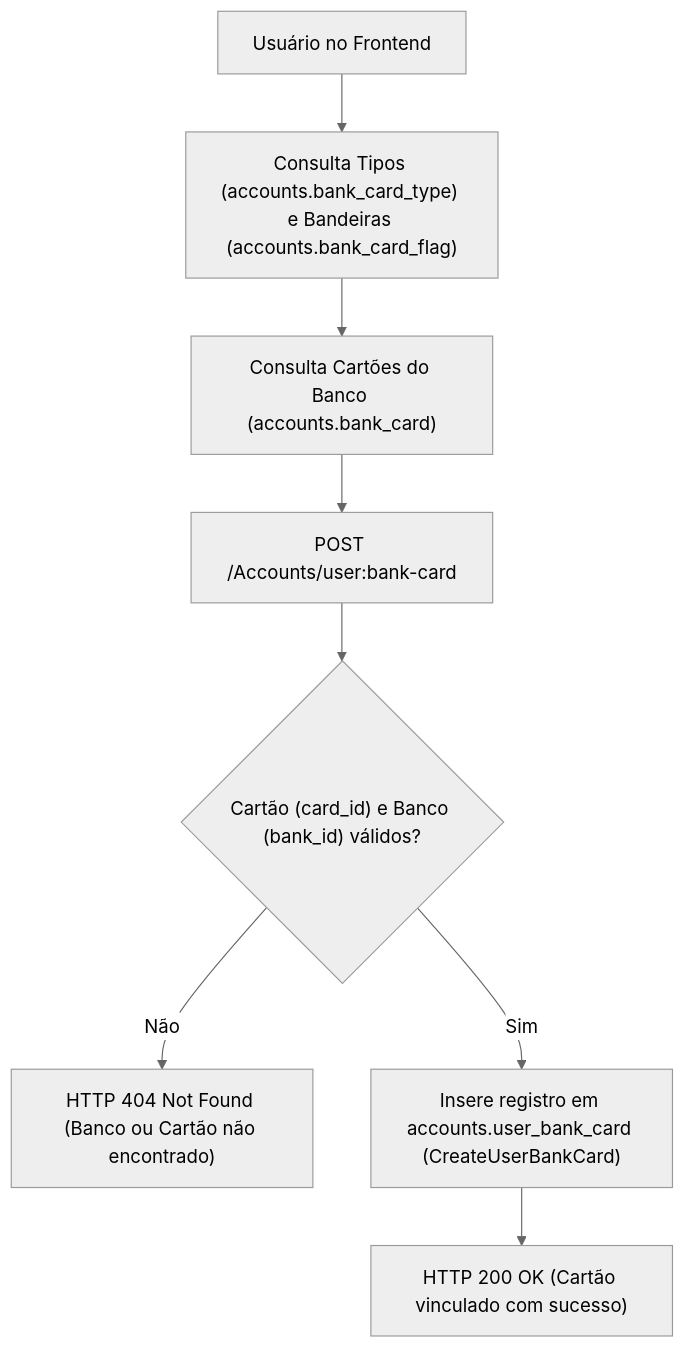
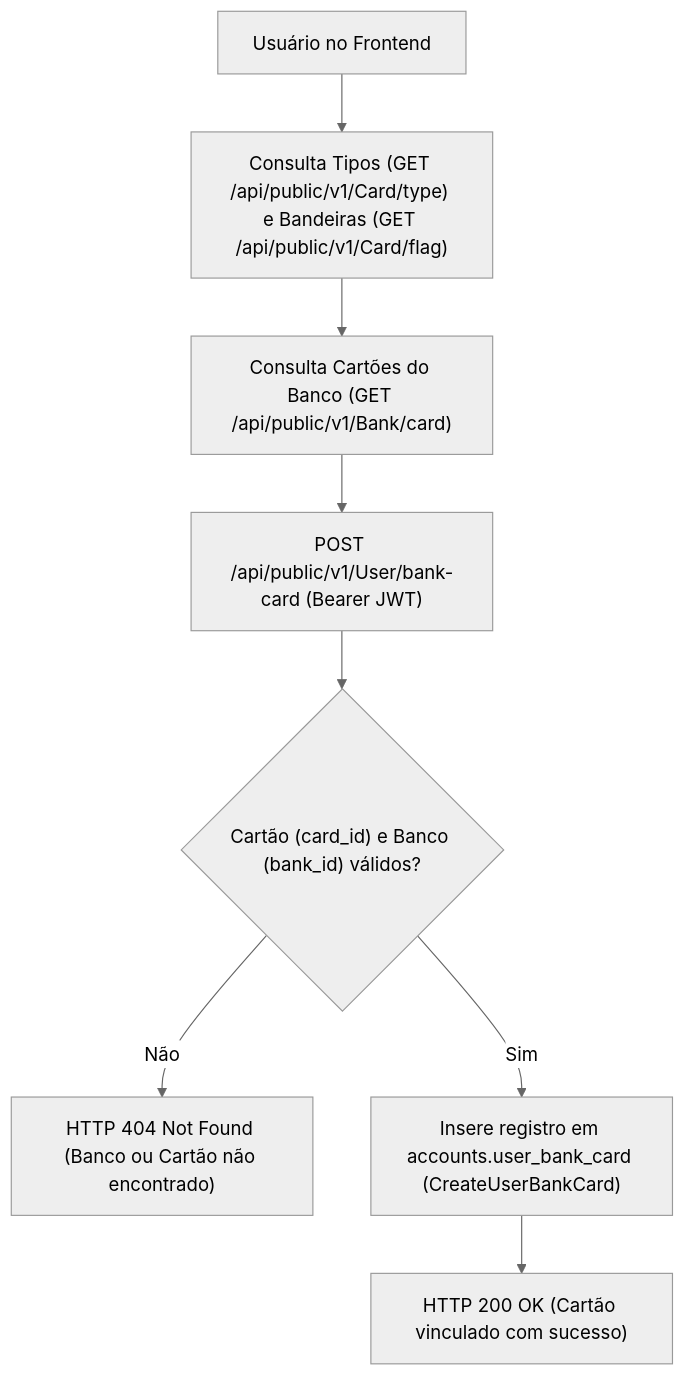
Before and after one commit to pedrovtof/Nievo-easy-fin: the second of 2 diagrams in docs/config/docs/content/FluxosNegocio/gestao_contas_cartoes.md, drawn with Mermaid (neutral theme). The commit also changed other lines of this file and 33 other files, not shown here.

````diff
--- a/docs/config/docs/content/FluxosNegocio/gestao_contas_cartoes.md
+++ b/docs/config/docs/content/FluxosNegocio/gestao_contas_cartoes.md
@@ -33,12 +33,12 @@
 ```mermaid
 flowchart TD
-    User["Usuário no Frontend"] --> GetOptions["Consulta Tipos (accounts.bank_card_type) e Bandeiras (accounts.bank_card_flag)"]
-    GetOptions --> GetBankCards["Consulta Cartões do Banco (accounts.bank_card)"]
-    GetBankCards --> PostUserCard["POST /Accounts/user:bank-card"]
+    User["Usuário no Frontend"] --> GetOptions["Consulta Tipos (GET /api/public/v1/Card/type) e Bandeiras (GET /api/public/v1/Card/flag)"]
+    GetOptions --> GetBankCards["Consulta Cartões do Banco (GET /api/public/v1/Bank/card)"]
+    GetBankCards --> PostUserCard["POST /api/public/v1/User/bank-card (Bearer JWT)"]
 
     PostUserCard --> ValCard{"Cartão (card_id) e Banco (bank_id) válidos?"}
     ValCard -->|Não| HTTP404["HTTP 404 Not Found (Banco ou Cartão não encontrado)"]
 
     ValCard -->|Sim| SaveCard["Insere registro em accounts.user_bank_card (CreateUserBankCard)"]
     SaveCard --> HTTP200["HTTP 200 OK (Cartão vinculado com sucesso)"]
 ```
````
